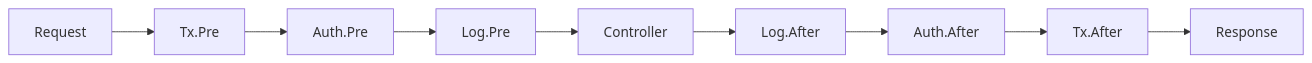
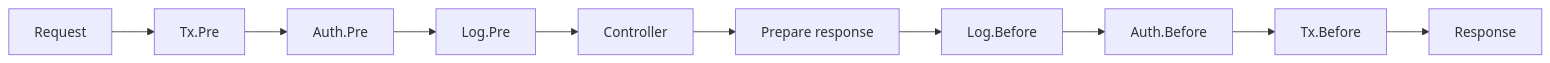
Before and after one commit to NARUBROWN/spine-site: the diagram in docs/en/learn/getting-started/intro.md, drawn with Mermaid. The commit also changed other lines of this file and 102 other files, not shown here.

````diff
--- a/docs/en/learn/getting-started/intro.md
+++ b/docs/en/learn/getting-started/intro.md
@@ -94,5 +94,5 @@
 ```mermaid
 graph LR
     Request --> Tx.Pre --> Auth.Pre --> Log.Pre --> Controller
-    Controller --> Log.After --> Auth.After --> Tx.After --> Response
+    Controller --> Prepared["Prepare response"] --> Log.Before --> Auth.Before --> Tx.Before --> Response
 ```
````
